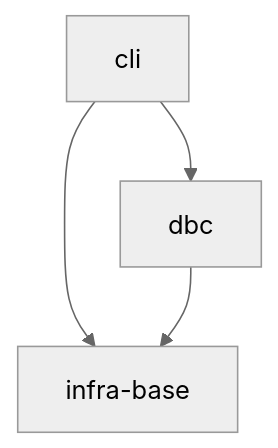
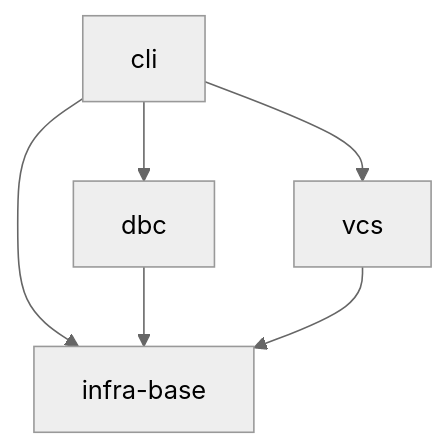
One commit to RubaXa/gennady changed the diagram in specs/README.md. Above: the diagram before and after it, drawn with Mermaid (neutral theme). The commit also changed other lines of this file and 13 other files, not shown here.

````diff
--- a/specs/README.md
+++ b/specs/README.md
@@ -9,6 +9,8 @@
 ```mermaid
 graph TD
     cli --> dbc
     cli --> infra-base
+    cli --> vcs
     dbc --> infra-base
+    vcs --> infra-base
 ```
````
